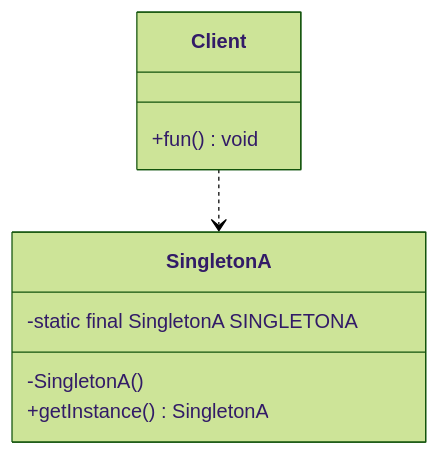
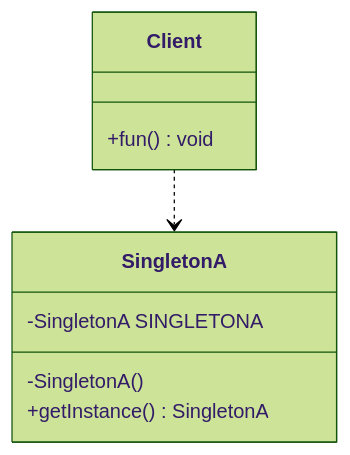
One commit to lingwh1995/books changed the ninth of 16 diagrams in general/designpattern/designpattern-java/designpattern-java.md. Above: the diagram before and after it, drawn with Mermaid (forest theme). The commit also changed other lines of this file, not shown here.

````diff
--- a/general/designpattern/designpattern-java/designpattern-java.md
+++ b/general/designpattern/designpattern-java/designpattern-java.md
@@ -403,12 +414,12 @@
 ```mermaid
 classDiagram
     Client ..> SingletonA
     class SingletonA {
-        -static final SingletonA SINGLETONA
+        -SingletonA SINGLETONA
         -SingletonA()
         +getInstance() SingletonA
     }
     class Client {
         +fun() void
     }
 ```
````
